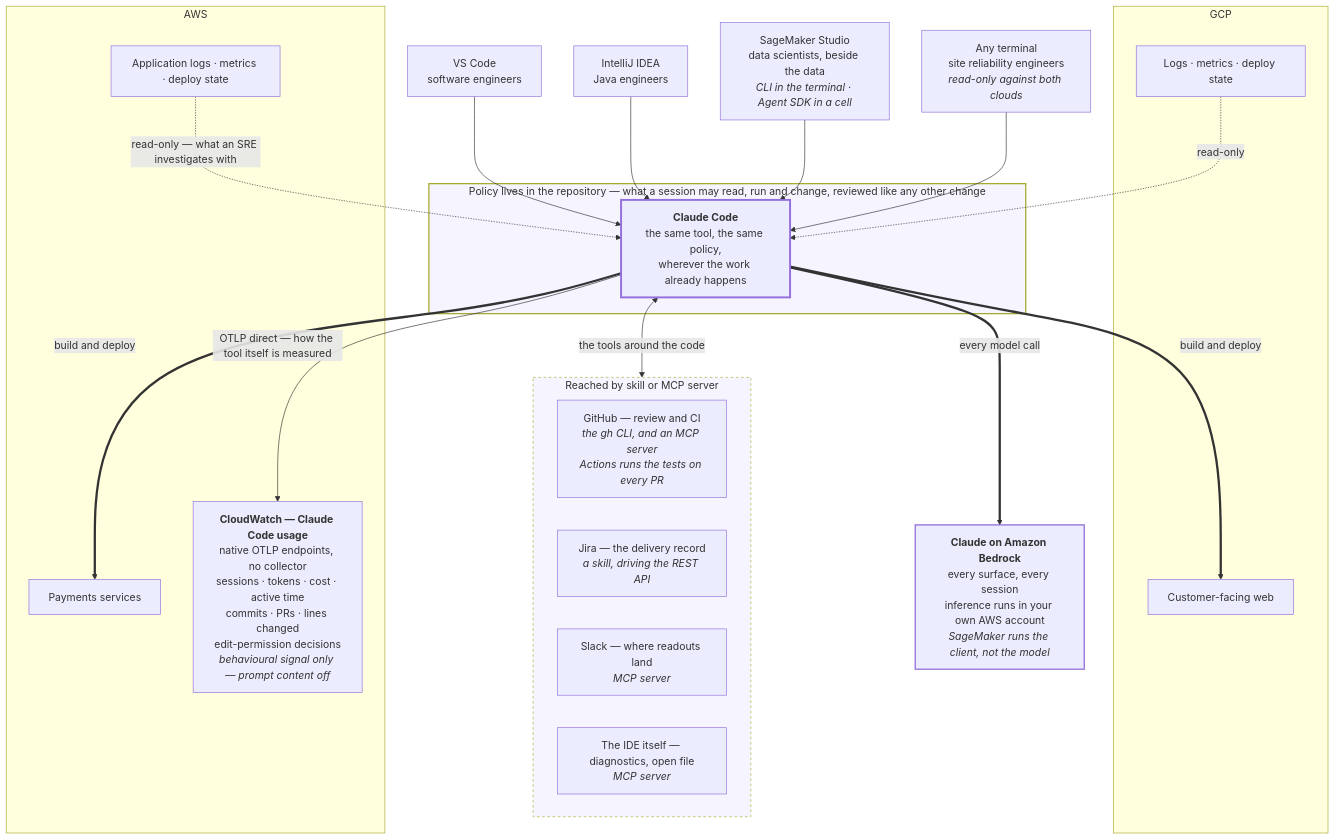
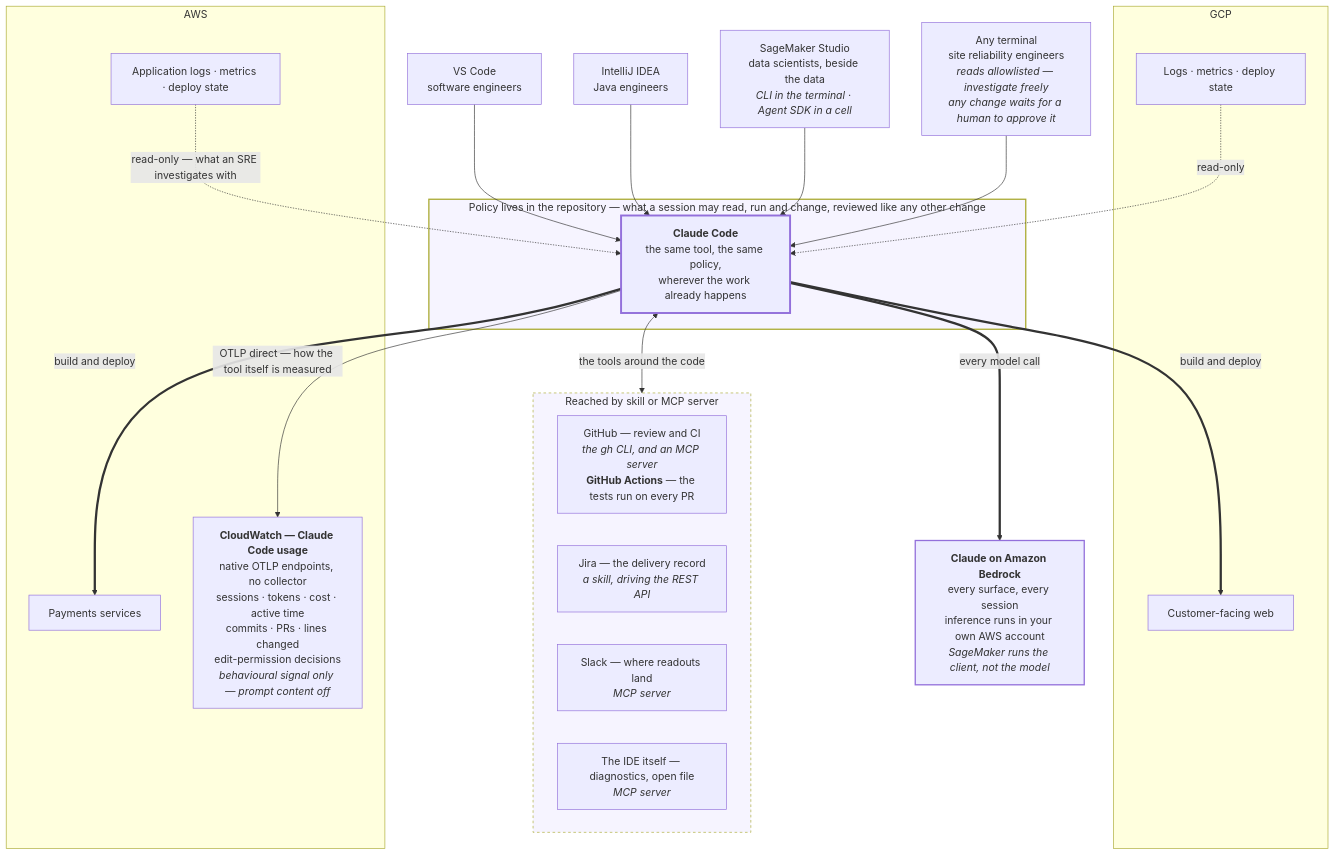
One commit to congmingwudi/ft-architecture changed the diagram in src/overview-redacted.mmd. Above: the diagram before and after it, drawn with Mermaid. The commit also changed 2 other files, not shown here.

Commit message:
Rebuild architecture page — 2026-08-21

```diff
--- a/src/overview-redacted.mmd
+++ b/src/overview-redacted.mmd
@@ -1,48 +1,48 @@
 flowchart TB
   VSC["VS Code<br/>software engineers"]
   IJ["IntelliJ IDEA<br/>Java engineers"]
   SM["SageMaker Studio<br/>data scientists, beside the data<br/><i>CLI in the terminal · Agent SDK in a cell</i>"]
-  TERM["Any terminal<br/>site reliability engineers<br/><i>read-only against both clouds</i>"]
+  TERM["Any terminal<br/>site reliability engineers<br/><i>reads allowlisted — investigate freely</i><br/><i>any change waits for a human to approve it</i>"]
 
   subgraph GOVERNED["Policy lives in the repository — what a session may read, run and change, reviewed like any other change"]
     CC["<b>Claude Code</b><br/>the same tool, the same policy,<br/>wherever the work already happens"]
   end
 
   BR["<b>Claude on Amazon Bedrock</b><br/>every surface, every session<br/>inference runs in your own AWS account<br/><i>SageMaker runs the client, not the model</i>"]
 
   subgraph TOOLING["Reached by skill or MCP server"]
-    GH["GitHub — review and CI<br/><i>the gh CLI, and an MCP server</i><br/><i>Actions runs the tests on every PR</i>"]
+    GH["GitHub — review and CI<br/><i>the gh CLI, and an MCP server</i><br/><b>GitHub Actions</b> — the tests run on every PR"]
     JIRA["Jira — the delivery record<br/><i>a skill, driving the REST API</i>"]
     SLACK["Slack — where readouts land<br/><i>MCP server</i>"]
     IDEMCP["The IDE itself — diagnostics, open file<br/><i>MCP server</i>"]
   end
 
   subgraph GCP["GCP"]
     GCPAPP["Customer-facing web"]
     GCPOBS["Logs · metrics · deploy state"]
   end
   subgraph AWS["AWS"]
     AWSAPP["Payments services"]
     AWSOBS["Application logs · metrics · deploy state"]
     CWCC["<b>CloudWatch — Claude Code usage</b><br/>native OTLP endpoints, no collector<br/>sessions · tokens · cost · active time<br/>commits · PRs · lines changed<br/>edit-permission decisions<br/><i>behavioural signal only — prompt content off</i>"]
   end
 
   VSC --> CC
   IJ --> CC
   SM --> CC
   TERM --> CC
 
   CC <-->|"the tools around the code"| TOOLING
   CC ==>|"every model call"| BR
   CC ==>|"build and deploy"| AWSAPP
   CC ==>|"build and deploy"| GCPAPP
   CC -->|"OTLP direct — how the tool itself is measured"| CWCC
   AWSOBS -.->|"read-only — what an SRE investigates with"| CC
   GCPOBS -.->|"read-only"| CC
 
   style TOOLING fill:#f6f4ff,stroke-dasharray:4
   style GOVERNED fill:#f6f4ff,stroke-width:2px
   classDef hub stroke-width:3px;
   classDef plane stroke-width:2px;
   class CC hub;
   class BR plane;
```
